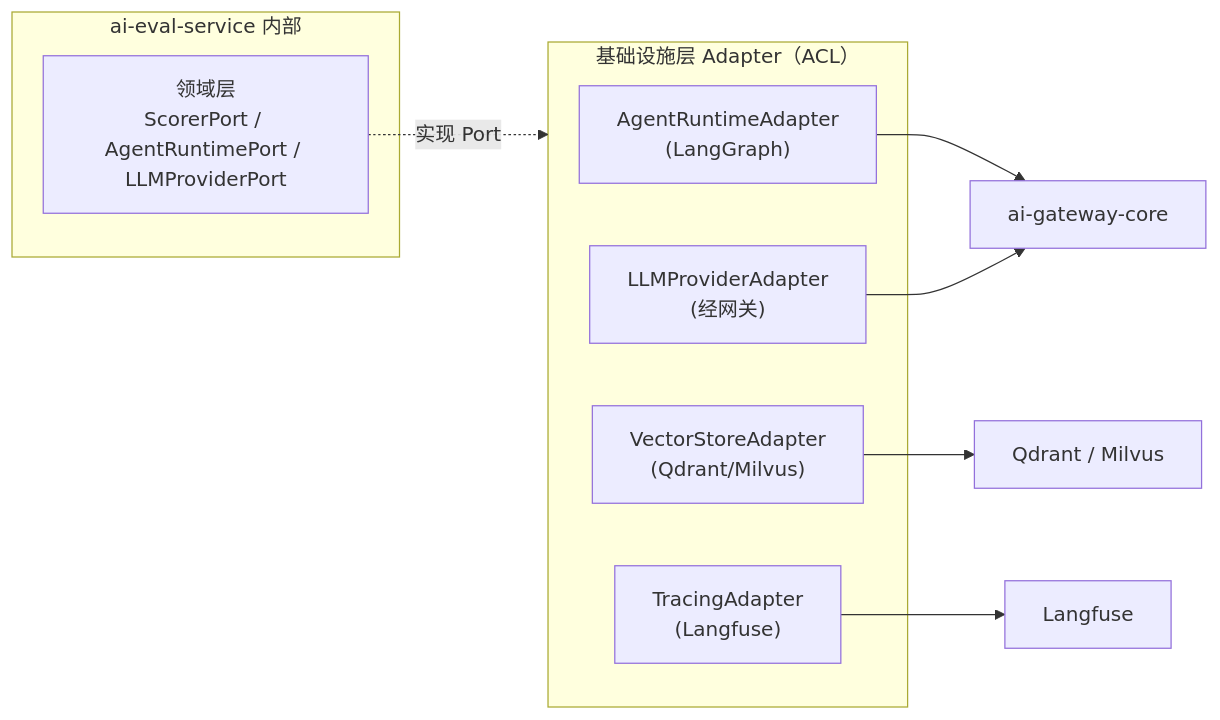
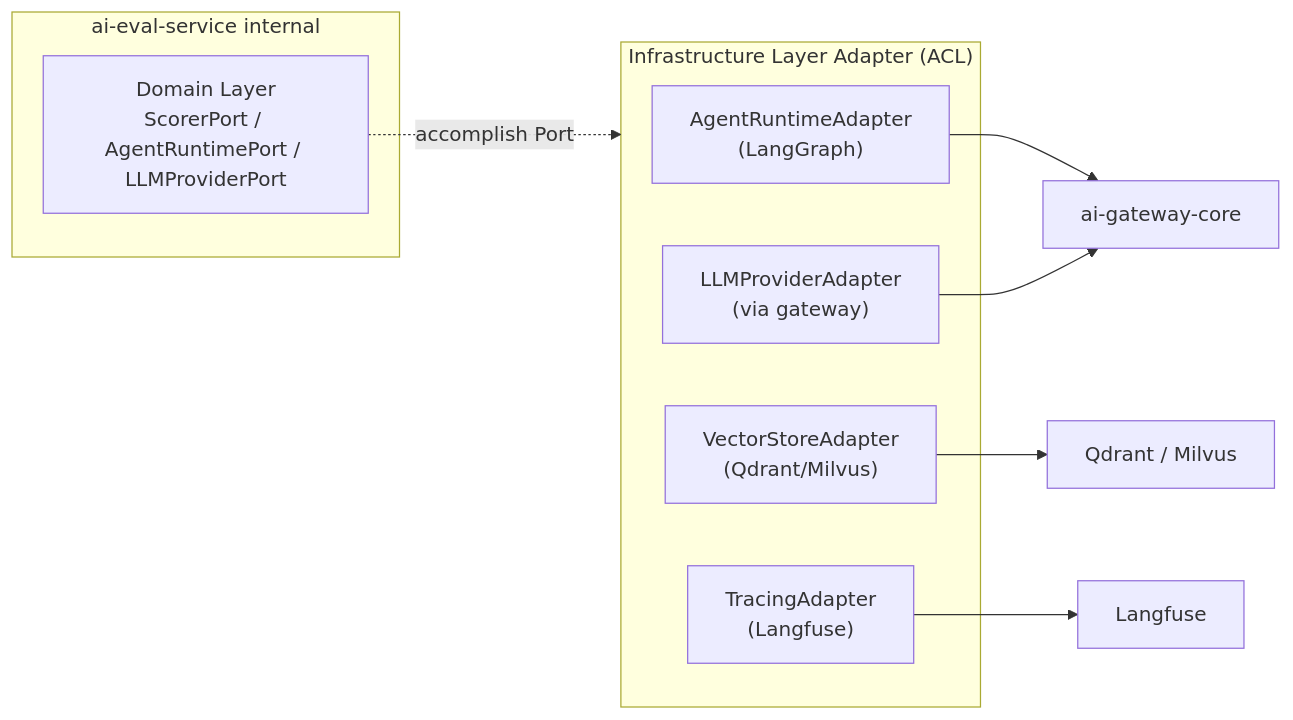
The third of 6 diagrams in design/DESIGN.md (open-strata-ai/ai-eval-service), drawn with Mermaid before and after one commit. The commit also changed other lines of this file and 11 other files, not shown here.

````diff
--- a/design/DESIGN.md
+++ b/design/DESIGN.md
@@ -226,17 +226,17 @@
 ```mermaid
 flowchart LR
-    subgraph SVC["ai-eval-service 内部"]
-        DOM["领域层<br/>ScorerPort / AgentRuntimePort / LLMProviderPort"]
+    subgraph SVC["ai-eval-service internal"]
+        DOM["Domain Layer<br/>ScorerPort / AgentRuntimePort / LLMProviderPort"]
     end
-    subgraph ADAPT["基础设施层 Adapter（ACL）"]
+    subgraph ADAPT["Infrastructure Layer Adapter (ACL)"]
         A1["AgentRuntimeAdapter<br/>(LangGraph)"]
-        A2["LLMProviderAdapter<br/>(经网关)"]
+        A2["LLMProviderAdapter<br/>(via gateway)"]
         A3["VectorStoreAdapter<br/>(Qdrant/Milvus)"]
         A4["TracingAdapter<br/>(Langfuse)"]
     end
-    DOM -.实现 Port.-> ADAPT
+    DOM -.accomplish Port.-> ADAPT
     A1 --> GW["ai-gateway-core"]
     A2 --> GW
     A3 --> VS["Qdrant / Milvus"]
     A4 --> LF["Langfuse"]
 ```
````
